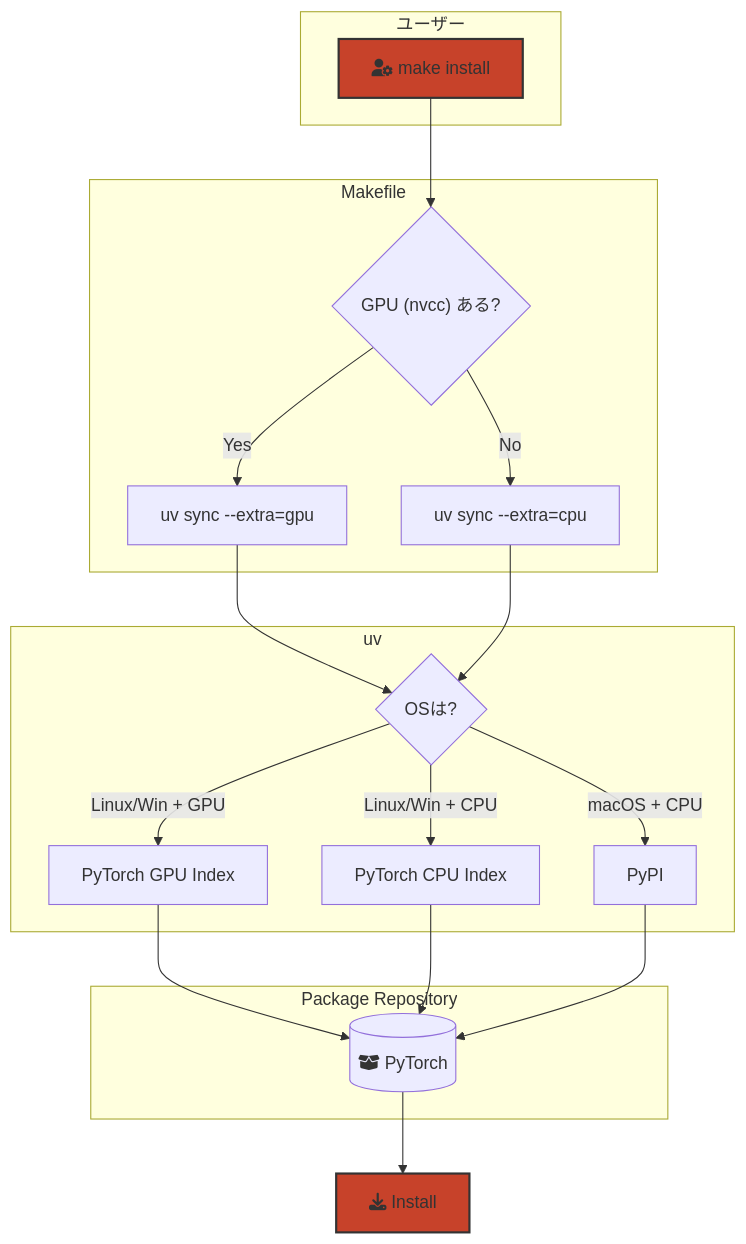
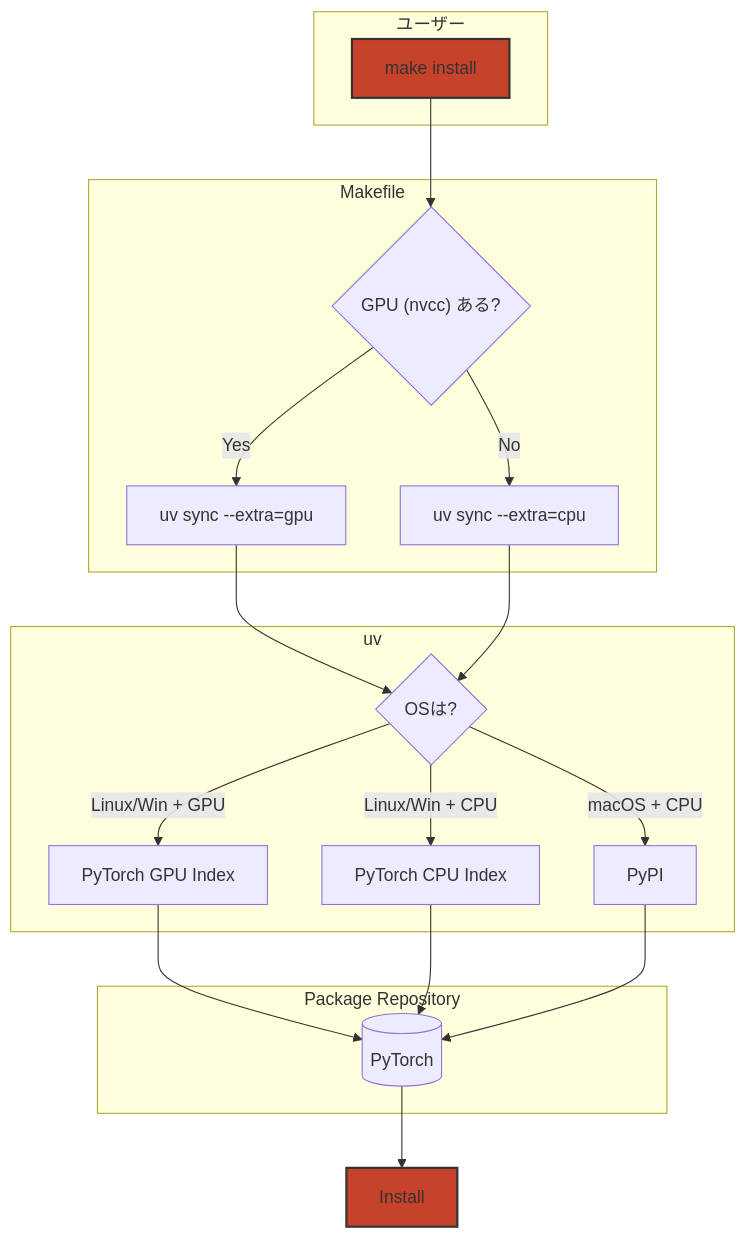
One commit to haru-256/tech-blog changed the diagram in articles/uvでPyTorchの環境構築を楽にする - OSやGPUの違いを吸収する統一的な方法.md. Above: the diagram before and after it, drawn with Mermaid.

Commit message:
Update diagram labels for clarity in PyTorch environment setup article

````diff
--- a/articles/uvでPyTorchの環境構築を楽にする - OSやGPUの違いを吸収する統一的な方法.md
+++ b/articles/uvでPyTorchの環境構築を楽にする - OSやGPUの違いを吸収する統一的な方法.md
@@ -53,31 +53,31 @@
 ```mermaid
 graph TD
     subgraph "ユーザー"
-        A[fa:fa-user-cog make install]
+        A[make install]
     end
 
     subgraph "Makefile"
         A --> B{"GPU (nvcc) ある?"};
         B -- Yes --> C[uv sync --extra=gpu];
         B -- No --> D[uv sync --extra=cpu];
     end
 
     subgraph "uv"
         C --> E{"OSは?"};
         D --> E;
         E -- "Linux/Win + GPU" --> F[PyTorch GPU Index];
         E -- "Linux/Win + CPU" --> G[PyTorch CPU Index];
         E -- "macOS + CPU" --> H[PyPI];
     end
 
     subgraph "Package Repository"
-        F --> I[(fa:fa-box-open PyTorch)];
+        F --> I[(PyTorch)];
         G --> I;
         H --> I;
     end
 
-    I --> J[fa:fa-download Install];
+    I --> J[Install];
 
     style A fill:#C7422A,stroke:#333,stroke-width:2px
     style J fill:#C7422A,stroke:#333,stroke-width:2px
 ```
````
